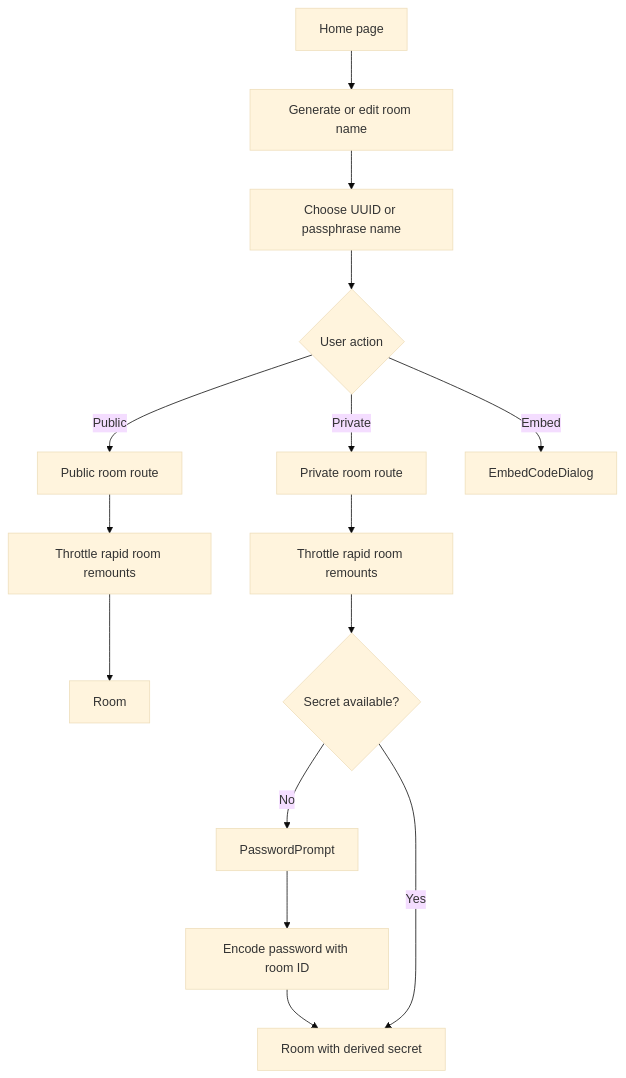
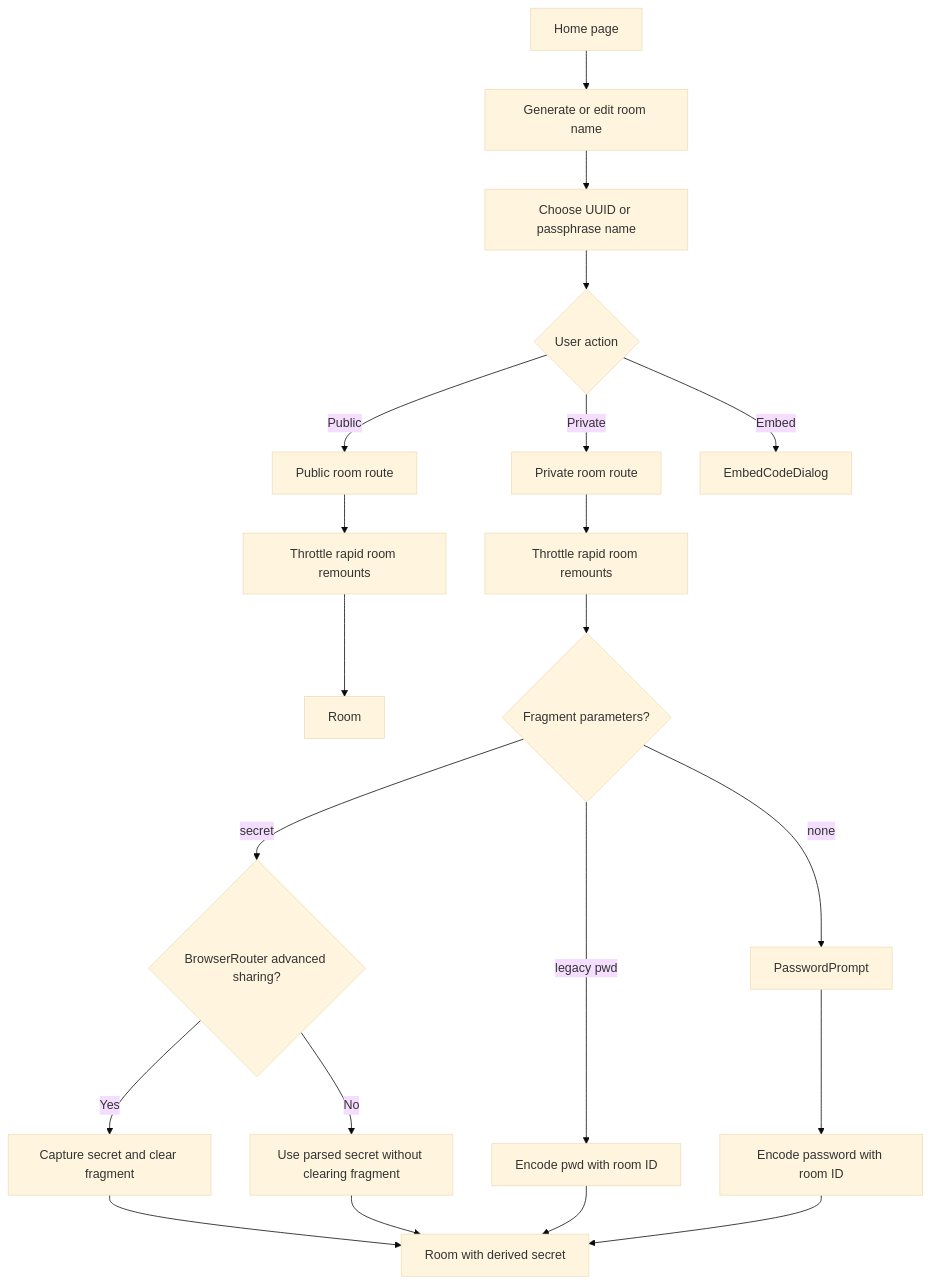
Before and after one commit to drunkod/chitchatter: the third of 5 diagrams in docs/architecture/ui-architecture.md, drawn with Mermaid (base theme). The commit also changed other lines of this file and 1 other file, not shown here.

Commit message:
Refine architecture docs for media and links

````diff
--- a/docs/architecture/ui-architecture.md
+++ b/docs/architecture/ui-architecture.md
@@ -70,17 +70,23 @@
 ```mermaid
 flowchart TD
     Home[Home page] --> RoomName[Generate or edit room name]
     RoomName --> Type[Choose UUID or passphrase name]
     Type --> Choice{User action}
     Choice -- Public --> PublicRoute[Public room route]
     Choice -- Private --> PrivateRoute[Private room route]
     Choice -- Embed --> EmbedDialog[EmbedCodeDialog]
     PublicRoute --> ThrottleA[Throttle rapid room remounts]
     PrivateRoute --> ThrottleB[Throttle rapid room remounts]
     ThrottleA --> RoomA[Room]
-    ThrottleB --> Secret{Secret available?}
-    Secret -- No --> Prompt[PasswordPrompt]
+    ThrottleB --> Fragment{Fragment parameters?}
+    Fragment -- secret --> Advanced{BrowserRouter advanced sharing?}
+    Advanced -- Yes --> Clear[Capture secret and clear fragment]
+    Advanced -- No --> Existing[Use parsed secret without clearing fragment]
+    Fragment -- legacy pwd --> Legacy[Encode pwd with room ID]
+    Fragment -- none --> Prompt[PasswordPrompt]
     Prompt --> Derive[Encode password with room ID]
-    Derive --> RoomB[Room with derived secret]
-    Secret -- Yes --> RoomB
+    Clear --> RoomB[Room with derived secret]
+    Existing --> RoomB
+    Legacy --> RoomB
+    Derive --> RoomB
 ```
````
